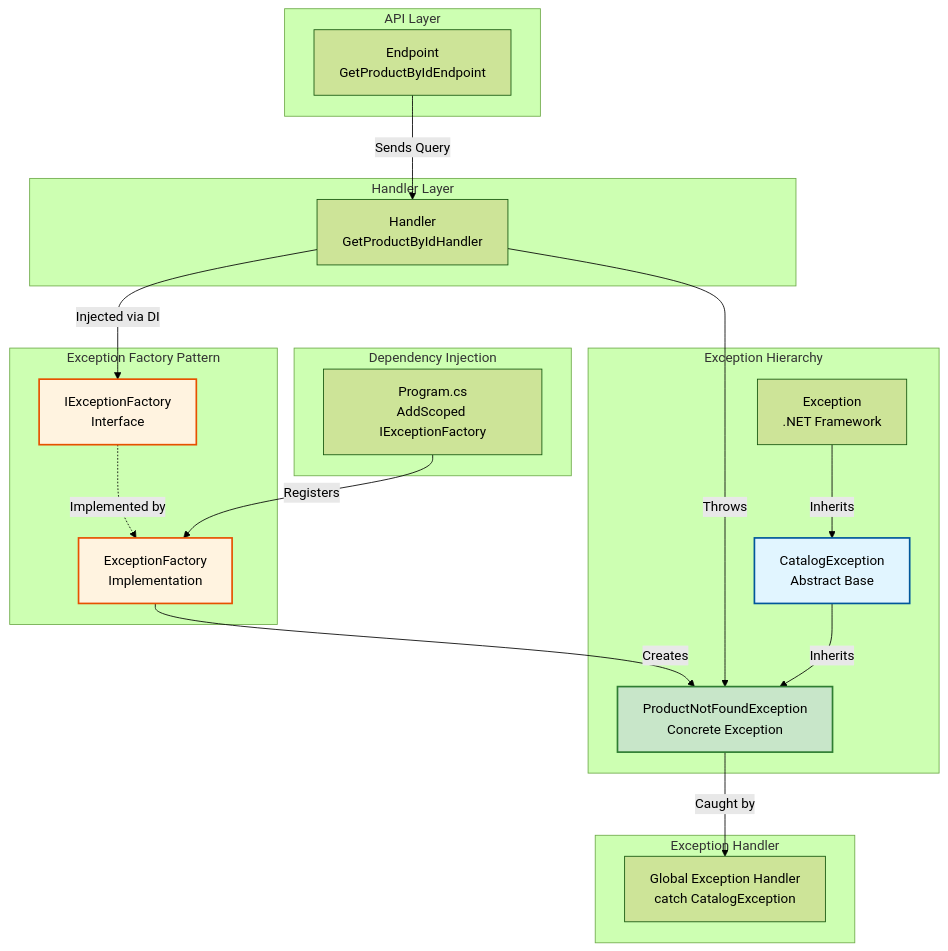
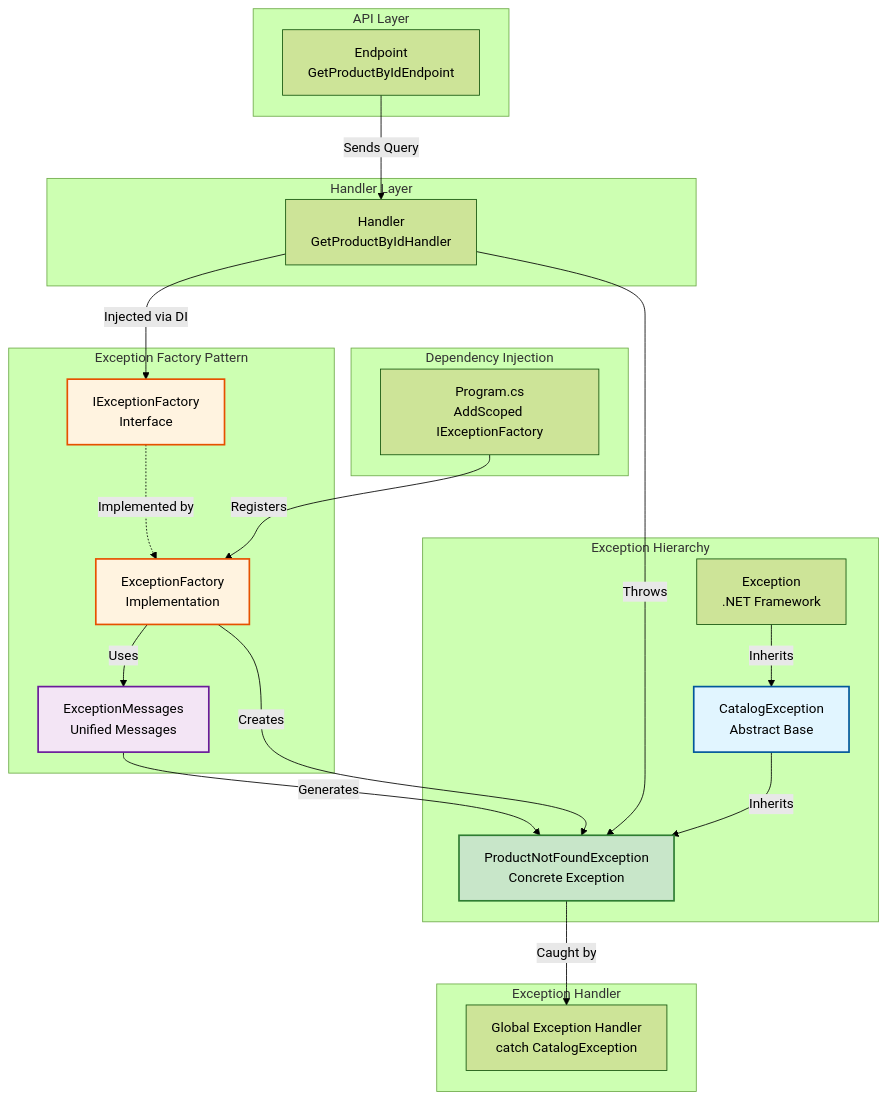
Before and after one commit to hamdyyemad/dotnet-microservices-ecommerce: the first of 5 diagrams in src/Services/Catalog/Catalog.API/Exceptions/README.md, drawn with Mermaid (forest theme). The commit also changed other lines of this file and 6 other files, not shown here.

````diff
--- a/src/Services/Catalog/Catalog.API/Exceptions/README.md
+++ b/src/Services/Catalog/Catalog.API/Exceptions/README.md
@@ -13,45 +13,49 @@
 ```mermaid
 graph TB
     subgraph "API Layer"
         EP[Endpoint<br/>GetProductByIdEndpoint]
     end
 
     subgraph "Handler Layer"
         H[Handler<br/>GetProductByIdHandler]
     end
 
     subgraph "Dependency Injection"
         DI[Program.cs<br/>AddScoped IExceptionFactory]
     end
 
     subgraph "Exception Factory Pattern"
         IF[IExceptionFactory<br/>Interface]
         EF[ExceptionFactory<br/>Implementation]
+        EM[ExceptionMessages<br/>Unified Messages]
     end
 
     subgraph "Exception Hierarchy"
         EX[Exception<br/>.NET Framework]
         CE[CatalogException<br/>Abstract Base]
         PNF[ProductNotFoundException<br/>Concrete Exception]
     end
 
     subgraph "Exception Handler"
         EH[Global Exception Handler<br/>catch CatalogException]
     end
 
     EP -->|Sends Query| H
     H -->|Injected via DI| IF
     IF -.->|Implemented by| EF
+    EF -->|Uses| EM
+    EM -->|Generates| PNF
     EF -->|Creates| PNF
     DI -->|Registers| EF
     H -->|Throws| PNF
     PNF -->|Caught by| EH
 
     EX -->|Inherits| CE
     CE -->|Inherits| PNF
 
     style CE fill:#e1f5ff,stroke:#01579b,stroke-width:2px
     style PNF fill:#c8e6c9,stroke:#2e7d32,stroke-width:2px
     style EF fill:#fff3e0,stroke:#e65100,stroke-width:2px
     style IF fill:#fff3e0,stroke:#e65100,stroke-width:2px
+    style EM fill:#f3e5f5,stroke:#6a1b9a,stroke-width:2px
 ```
````
